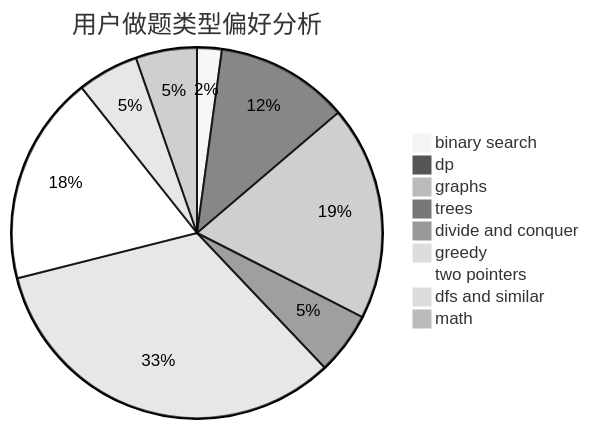
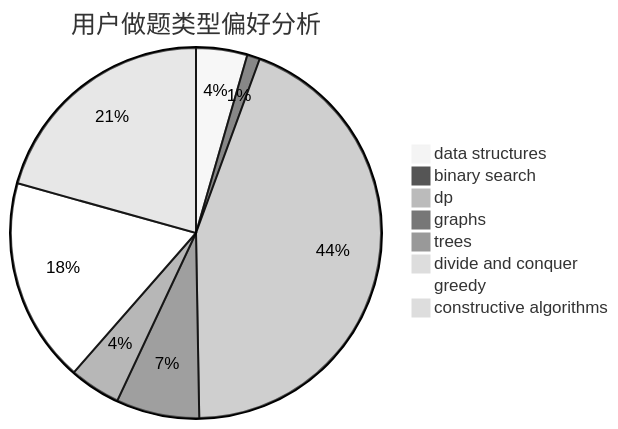
The second of 3 diagrams in docs/user/u1332.md (sherpahu/cfrs.github.io), drawn with Mermaid (neutral theme) before and after one commit. The commit also changed other lines of this file and 2775 other files, not shown here.

````diff
--- a/docs/user/u1332.md
+++ b/docs/user/u1332.md
@@ -23,12 +23,11 @@
 ```mermaid
 pie title 用户做题类型偏好分析
-    "binary search" :  23
-    "dp" :  124
-    "graphs" :  200
-    "trees" :  58
+    "data structures" :  8
+    "binary search" :  2
+    "dp" :  79
+    "graphs" :  13
+    "trees" :  8
     "divide and conquer" :  0
-    "greedy" :  354
-    "two pointers" :  195
-    "dfs and similar" :  57
-    "math" :  57
+    "greedy" :  32
+    "constructive algorithms" :  37
 ```
````
